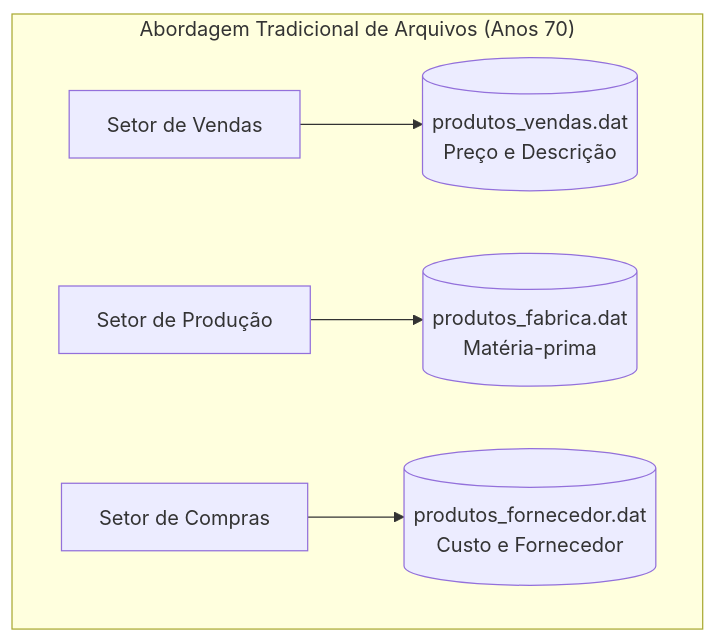
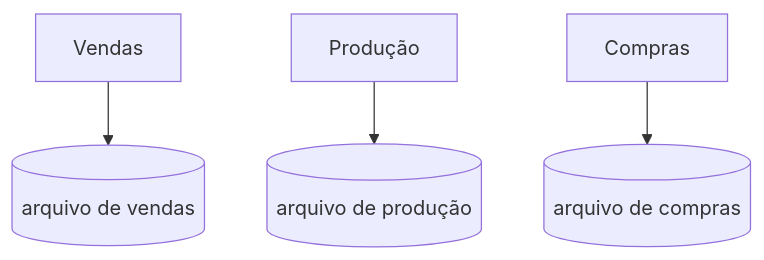
Before and after one commit to leorruas/puc: the first of 4 diagrams in 02. Modelagem de Dados/02. Abordagem de arquivos vs. abordagem de banco de dados.md, drawn with Mermaid. The commit also changed other lines of this file, not shown here.

Commit message:
Normaliza Mermaid de arquivos e bancos de dados

````diff
--- a/02. Modelagem de Dados/02. Abordagem de arquivos vs. abordagem de banco de dados.md
+++ b/02. Modelagem de Dados/02. Abordagem de arquivos vs. abordagem de banco de dados.md
@@ -52,8 +52,13 @@
 ```mermaid
 flowchart TD
-    subgraph SubgraphArquivos["Abordagem Tradicional de Arquivos (Anos 70)"]
-        Vendas["Setor de Vendas"] --> FileVendas[("produtos_vendas.dat<br>Preço e Descrição")]
-        Prod["Setor de Produção"] --> FileProd[("produtos_fabrica.dat<br>Matéria-prima")]
-        Compras["Setor de Compras"] --> FileCompras[("produtos_fornecedor.dat<br>Custo e Fornecedor")]
-    end
+    Vendas["Vendas"]:::external
+    Producao["Produção"]:::external
+    Compras["Compras"]:::external
+    ArqVendas[("arquivo de vendas")]:::data
+    ArqProducao[("arquivo de produção")]:::data
+    ArqCompras[("arquivo de compras")]:::data
+
+    Vendas --> ArqVendas
+    Producao --> ArqProducao
+    Compras --> ArqCompras
 ```
````
